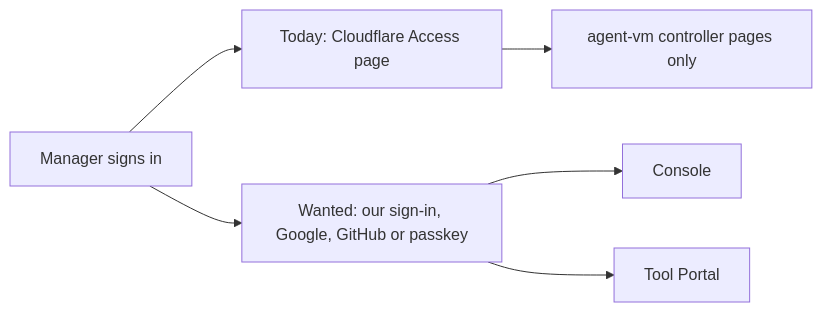
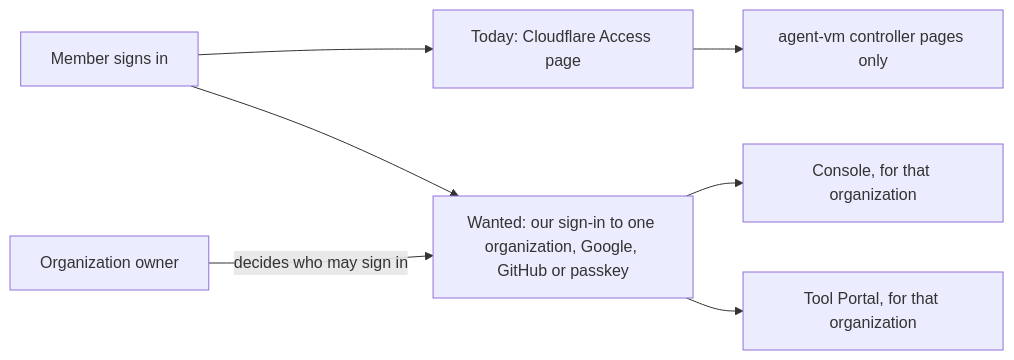
Before and after one commit to ShravanSunder/agent-vm: the diagram in docs/specs/2026-10-20-people-sign-in/requirements.md, drawn with Mermaid. The commit also changed other lines of this file and 9 other files, not shown here.

First line of the commit message:
Sign-in design: people sign in to an organization; each organization's owner and allowlist in its own Durable Object

````diff
--- a/docs/specs/2026-10-20-people-sign-in/requirements.md
+++ b/docs/specs/2026-10-20-people-sign-in/requirements.md
@@ -22,8 +25,9 @@
 ```mermaid
 flowchart LR
-  person["Manager signs in"] --> today["Today: Cloudflare Access page"]
+  person["Member signs in"] --> today["Today: Cloudflare Access page"]
   today --> ctrl["agent-vm controller pages only"]
-  person --> want["Wanted: our sign-in, Google, GitHub or passkey"]
-  want --> console["Console"]
-  want --> tp["Tool Portal"]
+  person --> want["Wanted: our sign-in to one organization, Google, GitHub or passkey"]
+  owner["Organization owner"] -->|decides who may sign in| want
+  want --> console["Console, for that organization"]
+  want --> tp["Tool Portal, for that organization"]
 ```
````
